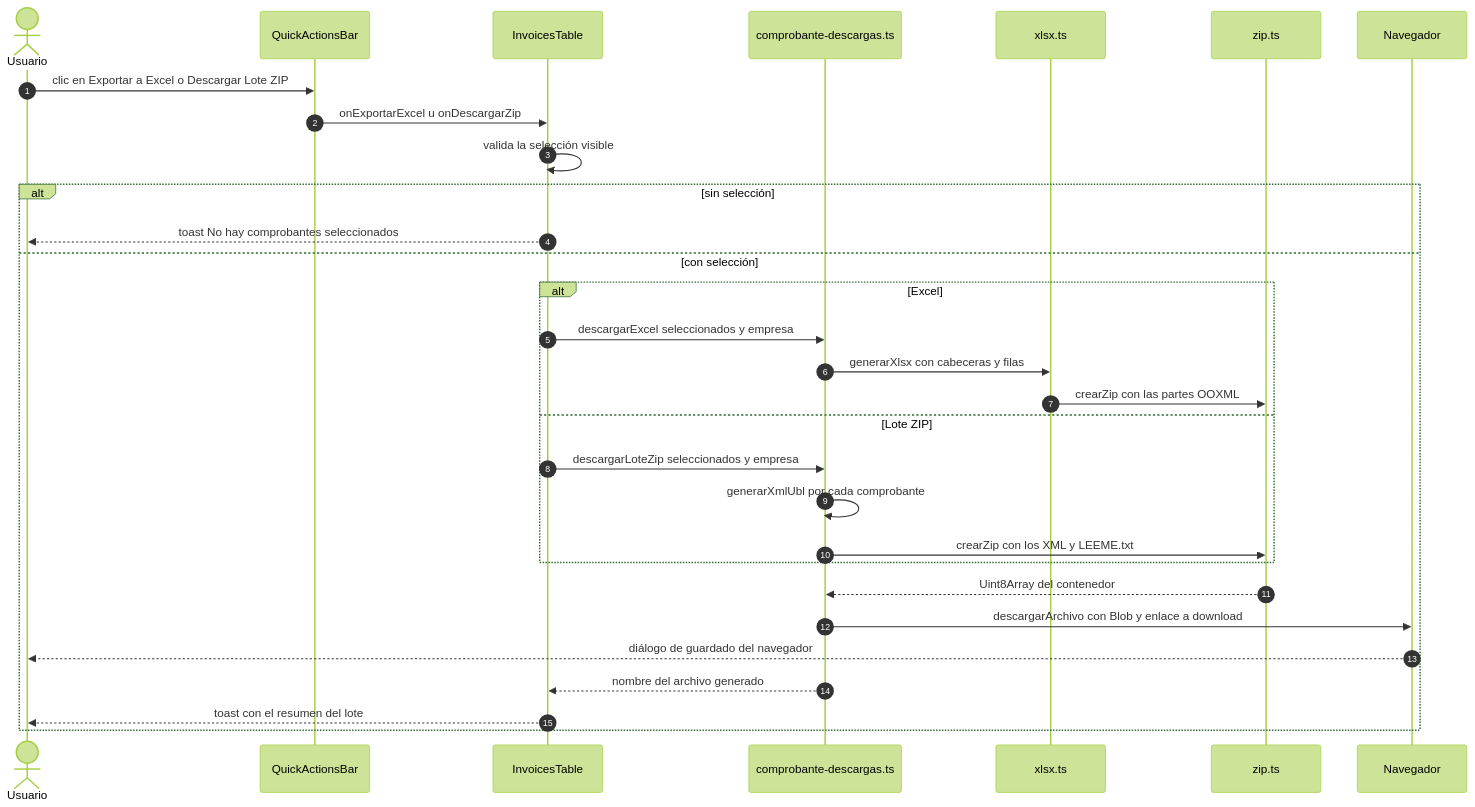
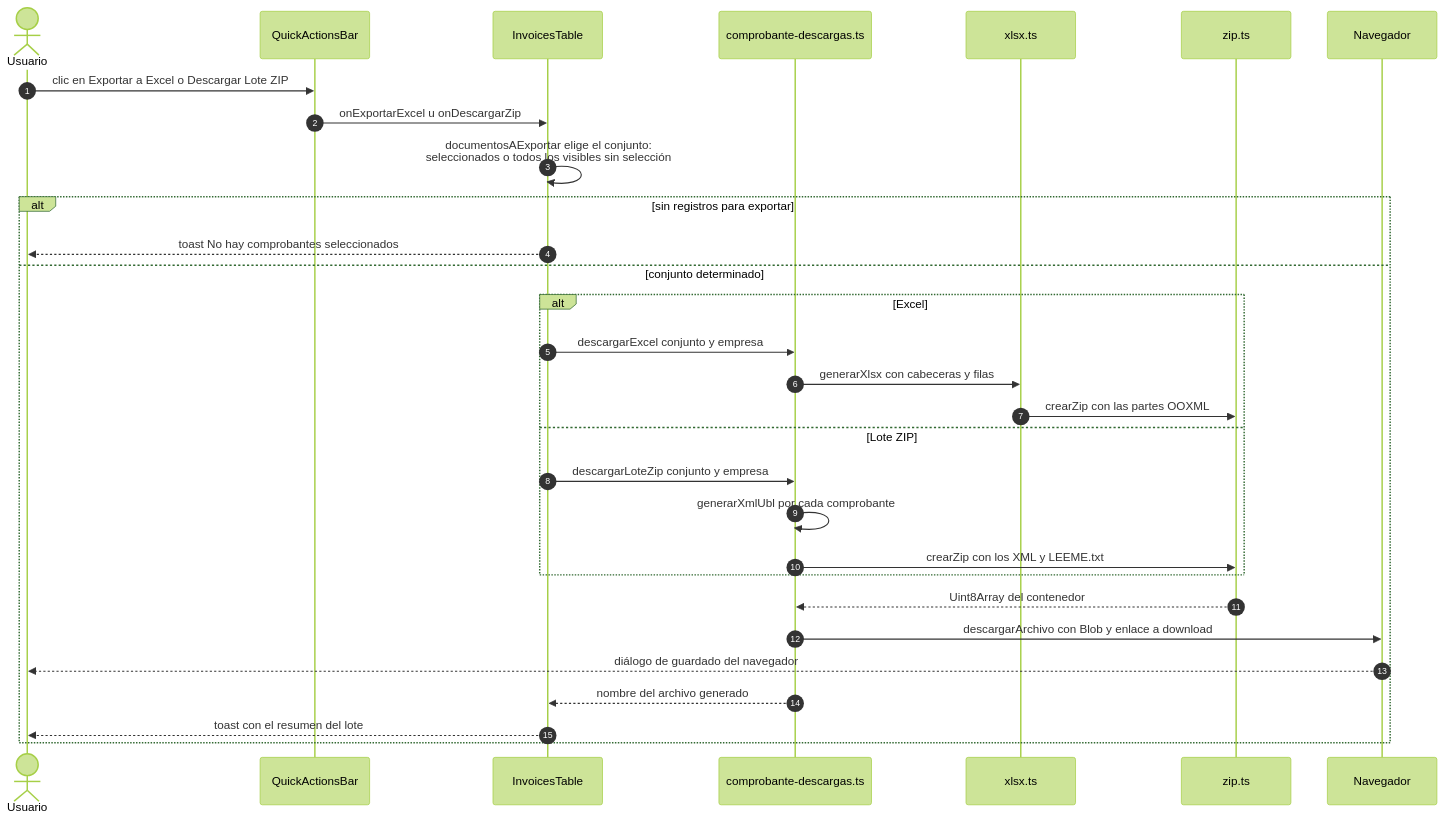
Before and after one commit to bloodkiller666/factura-sunat: the second of 3 diagrams in ARQUITECTURA.md, drawn with Mermaid (forest theme). The commit also changed other lines of this file and 1 other file, not shown here.

````diff
--- a/ARQUITECTURA.md
+++ b/ARQUITECTURA.md
@@ -315,34 +320,34 @@
 ```mermaid
 sequenceDiagram
     autonumber
     actor U as Usuario
     participant Q as QuickActionsBar
     participant T as InvoicesTable
     participant D as comprobante-descargas.ts
     participant X as xlsx.ts
     participant Z as zip.ts
     participant N as Navegador
 
     U->>Q: clic en Exportar a Excel o Descargar Lote ZIP
     Q->>T: onExportarExcel u onDescargarZip
-    T->>T: valida la selección visible
+    T->>T: documentosAExportar elige el conjunto:<br/>seleccionados o todos los visibles sin selección
 
-    alt sin selección
+    alt sin registros para exportar
         T-->>U: toast No hay comprobantes seleccionados
-    else con selección
+    else conjunto determinado
         alt Excel
-            T->>D: descargarExcel seleccionados y empresa
+            T->>D: descargarExcel conjunto y empresa
             D->>X: generarXlsx con cabeceras y filas
             X->>Z: crearZip con las partes OOXML
         else Lote ZIP
-            T->>D: descargarLoteZip seleccionados y empresa
+            T->>D: descargarLoteZip conjunto y empresa
             D->>D: generarXmlUbl por cada comprobante
             D->>Z: crearZip con los XML y LEEME.txt
         end
         Z-->>D: Uint8Array del contenedor
         D->>N: descargarArchivo con Blob y enlace a download
         N-->>U: diálogo de guardado del navegador
         D-->>T: nombre del archivo generado
         T-->>U: toast con el resumen del lote
     end
 ```
````
